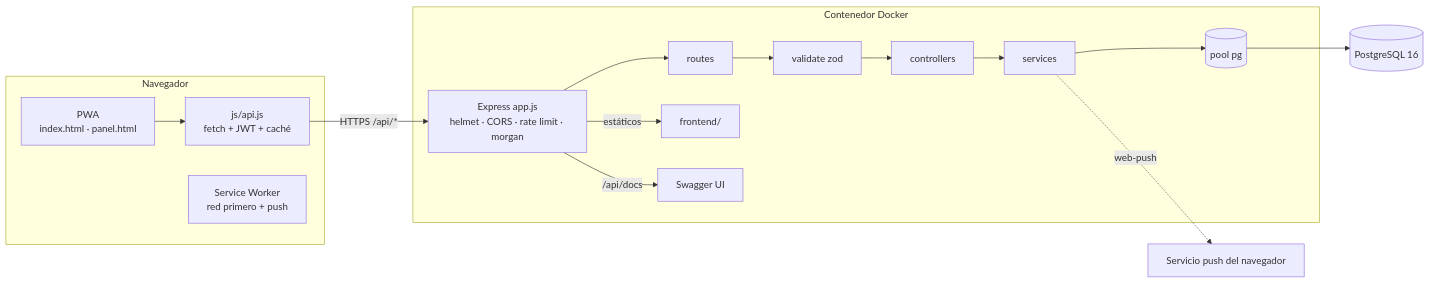
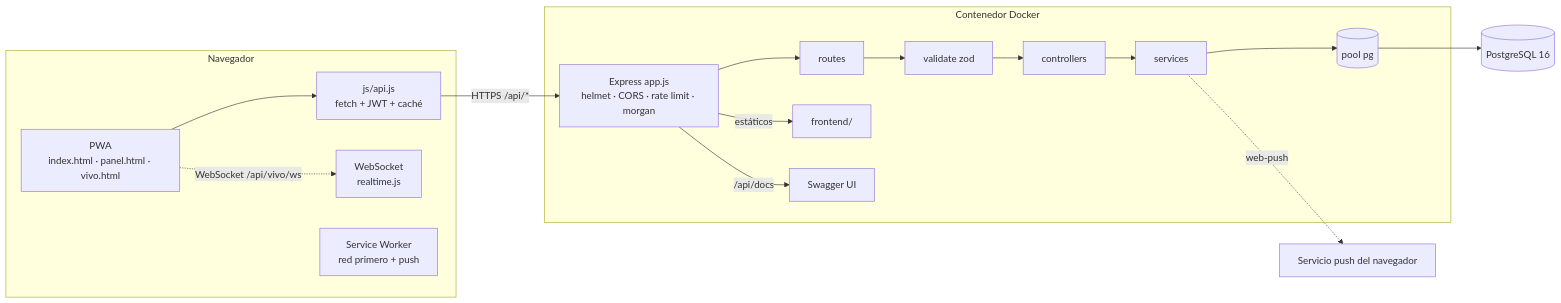
The diagram in docs/arquitectura.md (netfoor/pwa-rodando-utp), drawn with Mermaid before and after one commit. The commit also changed other lines of this file and 30 other files, not shown here.

````diff
--- a/docs/arquitectura.md
+++ b/docs/arquitectura.md
@@ -5,17 +5,19 @@
 ```mermaid
 flowchart LR
   subgraph Navegador
-    PWA[PWA<br/>index.html · panel.html] --> API_JS[js/api.js<br/>fetch + JWT + caché]
+    PWA[PWA<br/>index.html · panel.html · vivo.html] --> API_JS[js/api.js<br/>fetch + JWT + caché]
+    PWA -. WebSocket /api/vivo/ws .-> WS
     SW[Service Worker<br/>red primero + push]
   end
   API_JS -- "HTTPS /api/*" --> EX
   subgraph Contenedor Docker
     EX[Express app.js<br/>helmet · CORS · rate limit · morgan]
     EX --> R[routes] --> V[validate zod] --> C[controllers] --> S[services]
+    WS[WebSocket<br/>realtime.js]
     S --> P[(pool pg)]
     EX -- "estáticos" --> FE[frontend/]
     EX -- "/api/docs" --> SW2[Swagger UI]
   end
   P --> DB[(PostgreSQL 16)]
   S -. web-push .-> PUSH[Servicio push del navegador]
 ```
````
